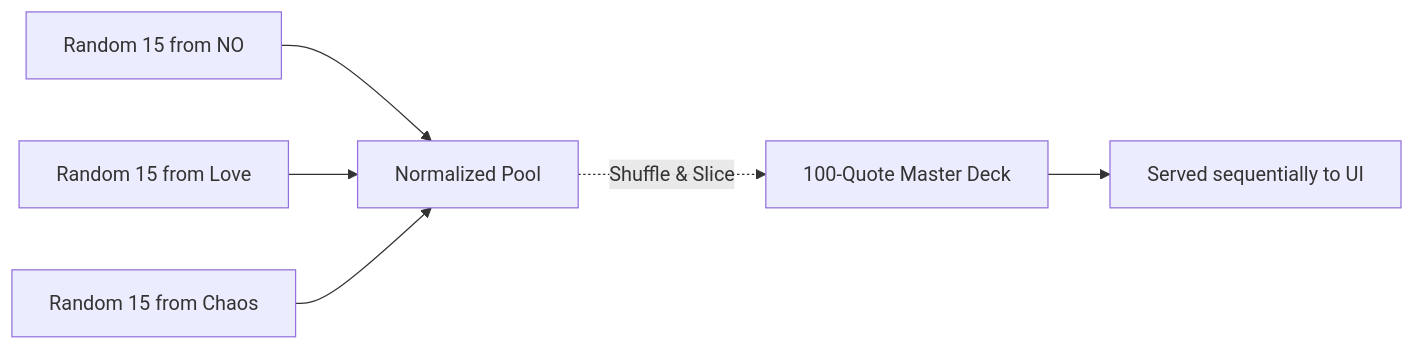
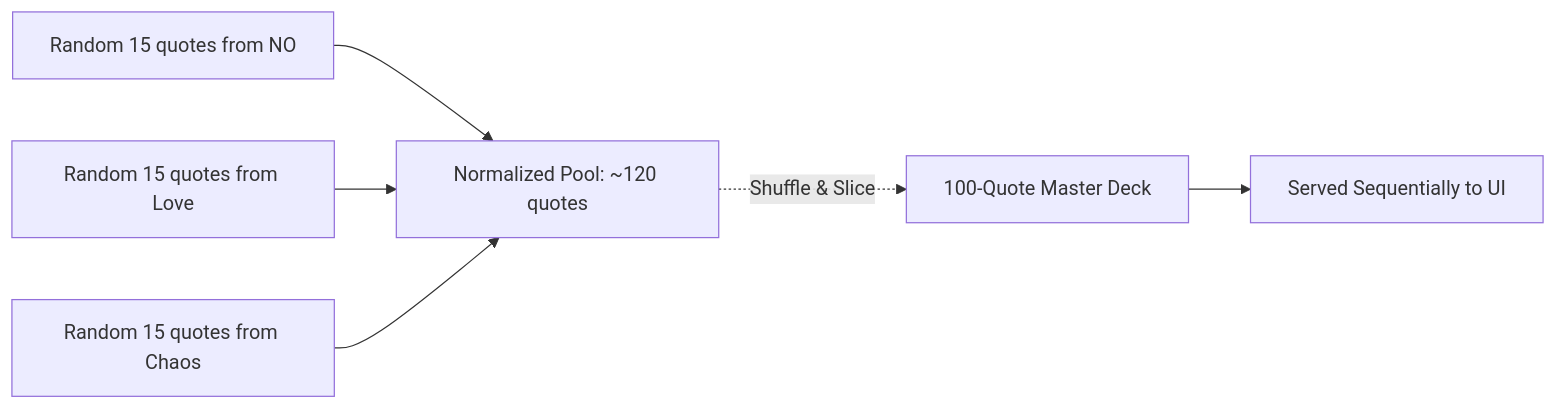
The third of 3 diagrams in README.md (codebydusk/quiply), drawn with Mermaid before and after one commit. The commit also changed other lines of this file, not shown here.

````diff
--- a/README.md
+++ b/README.md
@@ -136,8 +148,8 @@
 ```mermaid
 graph LR
-    A[Random 15 from NO] --> D
-    B[Random 15 from Love] --> D
-    C[Random 15 from Chaos] --> D
-    D[Normalized Pool] -.->|Shuffle & Slice| E[100-Quote Master Deck]
-    E --> F[Served sequentially to UI]
+    A[Random 15 quotes from NO] --> D
+    B[Random 15 quotes from Love] --> D
+    C[Random 15 quotes from Chaos] --> D
+    D[Normalized Pool: ~120 quotes] -.->|Shuffle & Slice| E[100-Quote Master Deck]
+    E --> F[Served Sequentially to UI]
 ```
````
